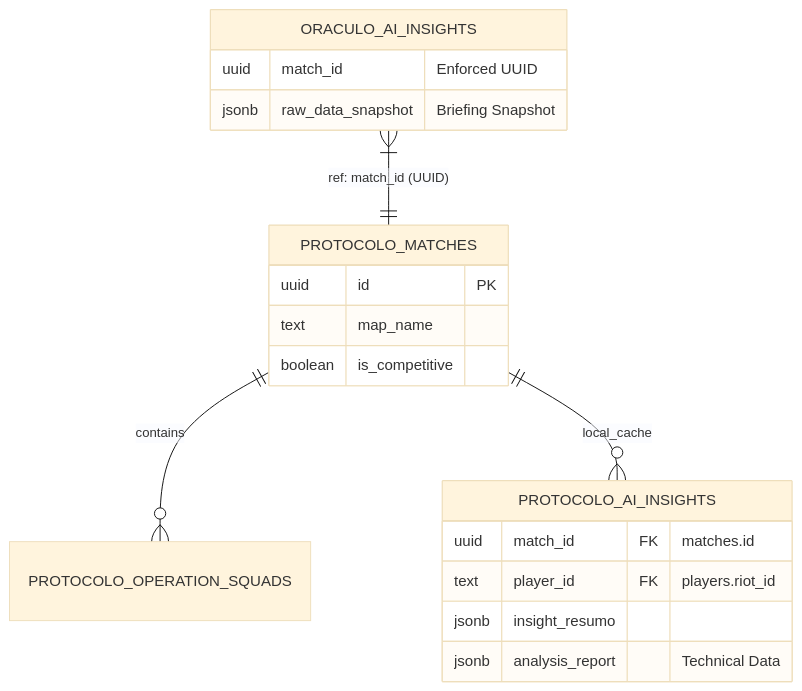
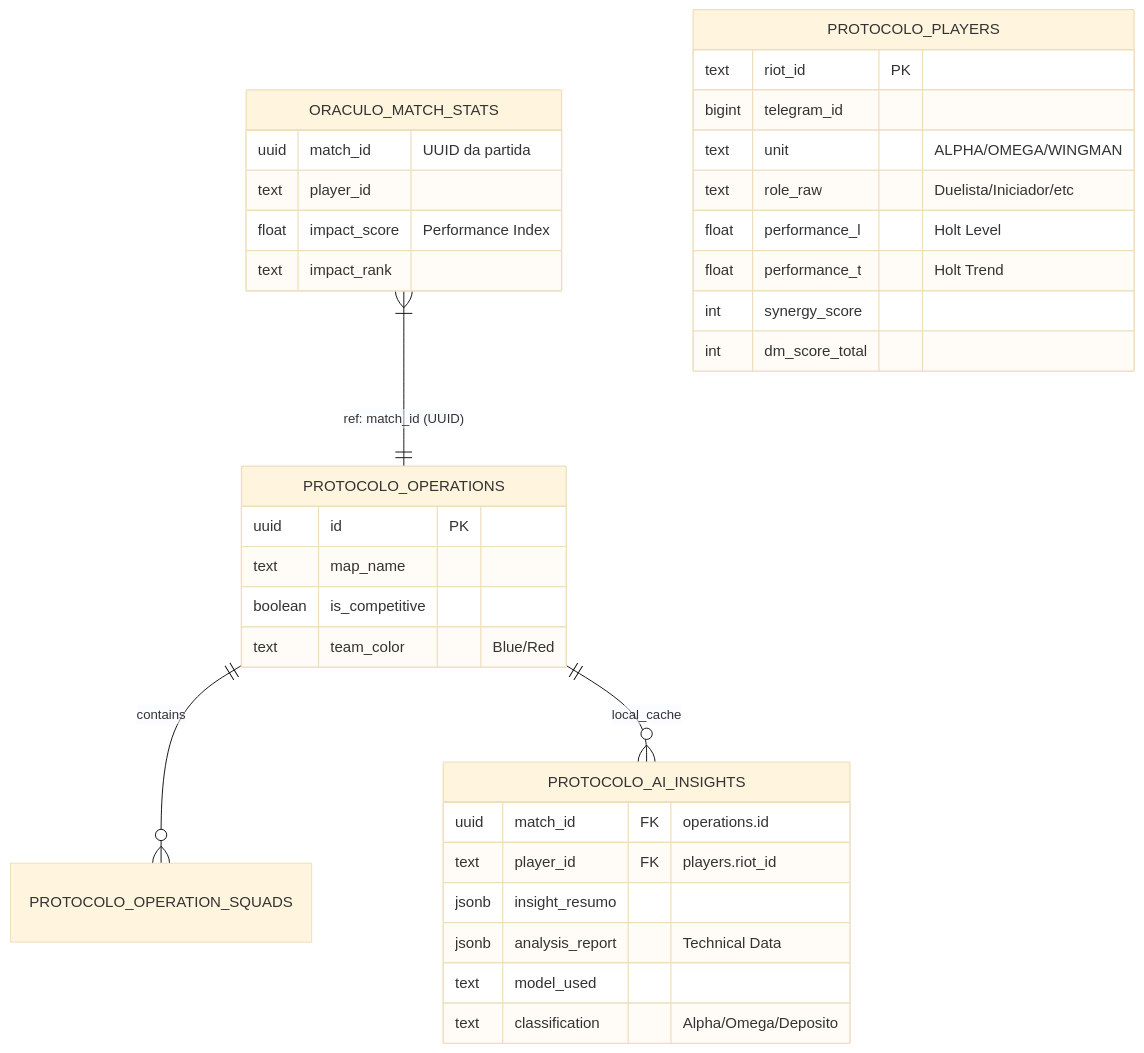
Before and after one commit to rodolphoborges/protocolov: the diagram in docs/qa_architecture_blueprint.md, drawn with Mermaid (base theme). The commit also changed other lines of this file and 2 other files, not shown here.

Commit message:
docs: update documentation with technical stack, command references, and new QA architecture blueprint.

````diff
--- a/docs/qa_architecture_blueprint.md
+++ b/docs/qa_architecture_blueprint.md
@@ -13,24 +13,40 @@
 ```mermaid
 erDiagram
-    PROTOCOLO_MATCHES ||--o{ PROTOCOLO_OPERATION_SQUADS : contains
-    PROTOCOLO_MATCHES ||--o{ PROTOCOLO_AI_INSIGHTS : "local_cache"
-    ORACULO_AI_INSIGHTS }|--|| PROTOCOLO_MATCHES : "ref: match_id (UUID)"
+    PROTOCOLO_OPERATIONS ||--o{ PROTOCOLO_OPERATION_SQUADS : contains
+    PROTOCOLO_OPERATIONS ||--o{ PROTOCOLO_AI_INSIGHTS : "local_cache"
+    ORACULO_MATCH_STATS }|--|| PROTOCOLO_OPERATIONS : "ref: match_id (UUID)"
 
-    PROTOCOLO_MATCHES {
+    PROTOCOLO_PLAYERS {
+        text riot_id PK
+        bigint telegram_id
+        text unit "ALPHA/OMEGA/WINGMAN"
+        text role_raw "Duelista/Iniciador/etc"
+        float performance_l "Holt Level"
+        float performance_t "Holt Trend"
+        int synergy_score
+        int dm_score_total
+    }
+
+    PROTOCOLO_OPERATIONS {
         uuid id PK
         text map_name
         boolean is_competitive
+        text team_color "Blue/Red"
     }
 
     PROTOCOLO_AI_INSIGHTS {
-        uuid match_id FK "matches.id"
+        uuid match_id FK "operations.id"
         text player_id FK "players.riot_id"
         jsonb insight_resumo
         jsonb analysis_report "Technical Data"
+        text model_used
+        text classification "Alpha/Omega/Deposito"
     }
 
-    ORACULO_AI_INSIGHTS {
-        uuid match_id "Enforced UUID"
-        jsonb raw_data_snapshot "Briefing Snapshot"
+    ORACULO_MATCH_STATS {
+        uuid match_id "UUID da partida"
+        text player_id
+        float impact_score "Performance Index"
+        text impact_rank
     }
 ```
````
